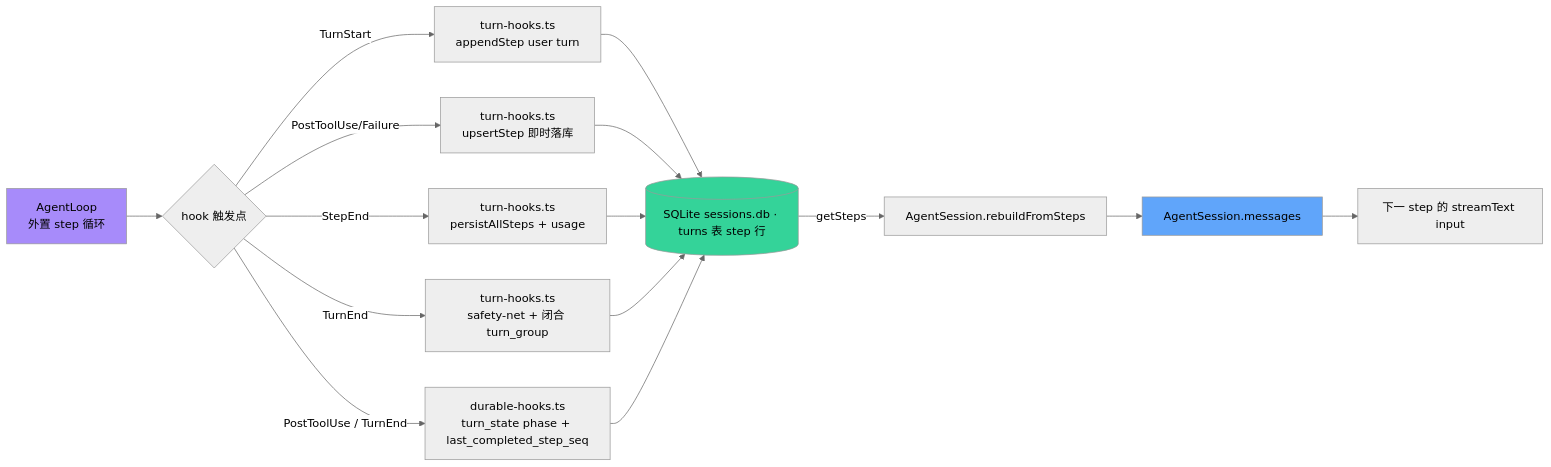
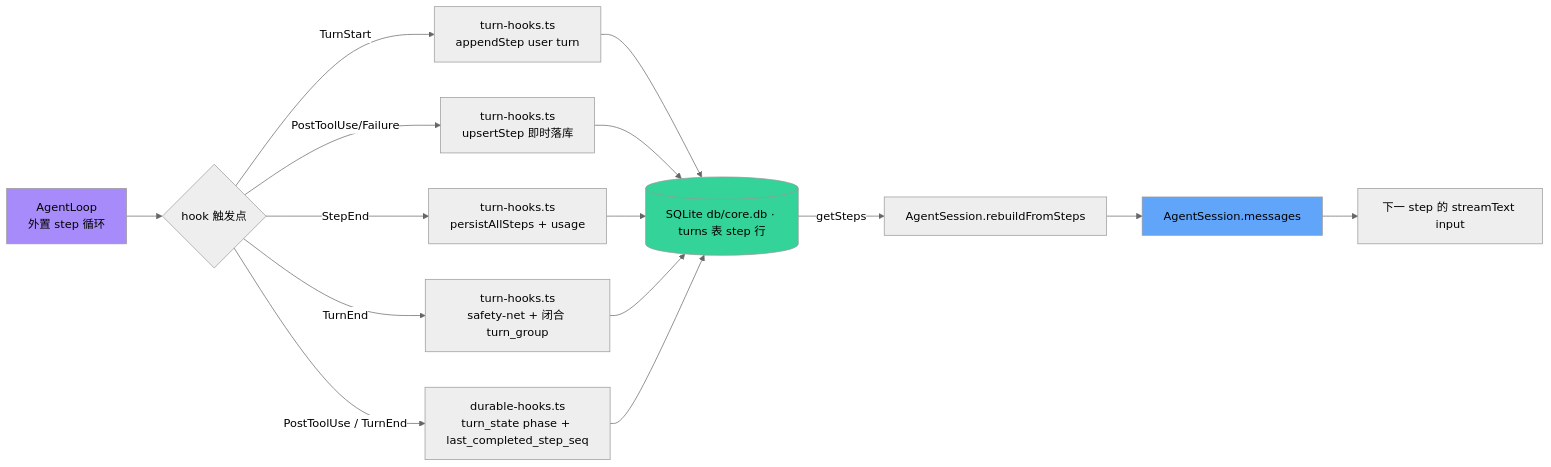
The fourth of 4 diagrams in docs/arch/05-persistence.md (LanicBlue/zero-core), drawn with Mermaid (neutral theme) before and after one commit. The commit also changed other lines of this file and 165 other files, not shown here.

First line of the commit message:
feat(wiki-system-redesign): sub-00 数据库基础(sessions.db→core.db + DatabaseManager + knowledge.db 退役)

````diff
--- a/docs/arch/05-persistence.md
+++ b/docs/arch/05-persistence.md
@@ -941,21 +951,21 @@
 ```mermaid
 flowchart LR
     A[AgentLoop<br/>外置 step 循环] --> B{hook 触发点}
     B -->|TurnStart| T0[turn-hooks.ts<br/>appendStep user turn]
     B -->|PostToolUse/Failure| T1[turn-hooks.ts<br/>upsertStep 即时落库]
     B -->|StepEnd| T2[turn-hooks.ts<br/>persistAllSteps + usage]
     B -->|TurnEnd| T3[turn-hooks.ts<br/>safety-net + 闭合 turn_group]
     B -->|PostToolUse / TurnEnd| T4[durable-hooks.ts<br/>turn_state phase + last_completed_step_seq]
-    T0 --> DB[(SQLite sessions.db · turns 表 step 行)]
+    T0 --> DB[(SQLite db/core.db · turns 表 step 行)]
     T1 --> DB
     T2 --> DB
     T3 --> DB
     T4 --> DB
     DB -->|getSteps| R[AgentSession.rebuildFromSteps]
     R --> M[AgentSession.messages]
     M --> N[下一 step 的 streamText input]
 
     style A fill:#a78bfa,color:#000
     style DB fill:#34d399,color:#000
     style M fill:#60a5fa,color:#000
 ```
````
